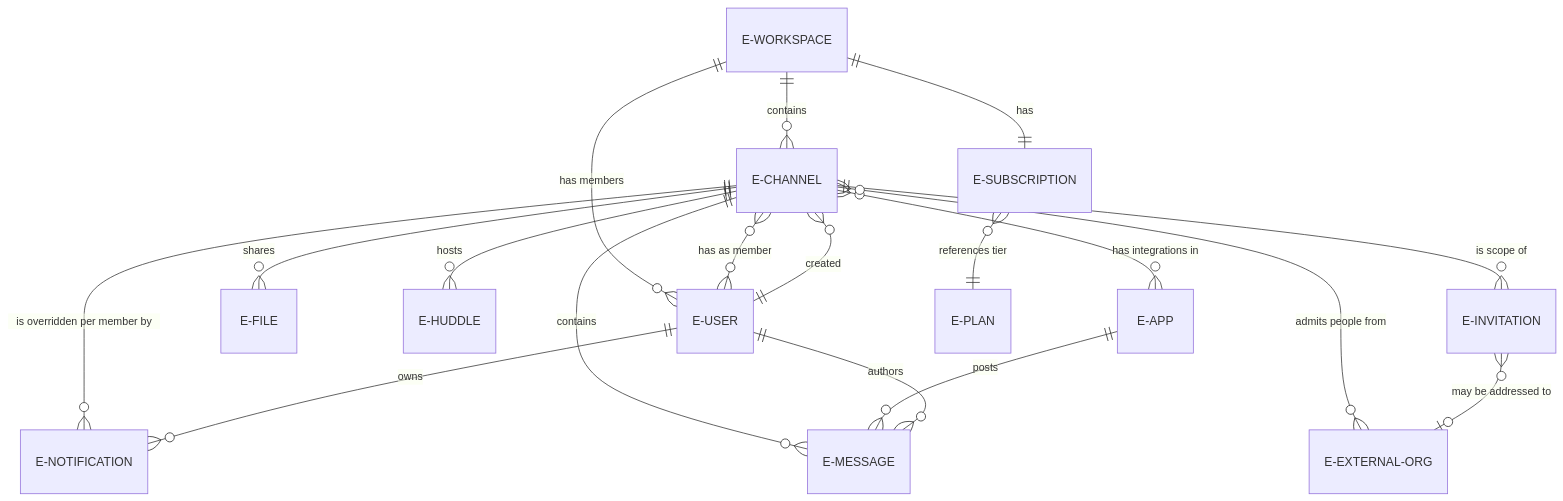
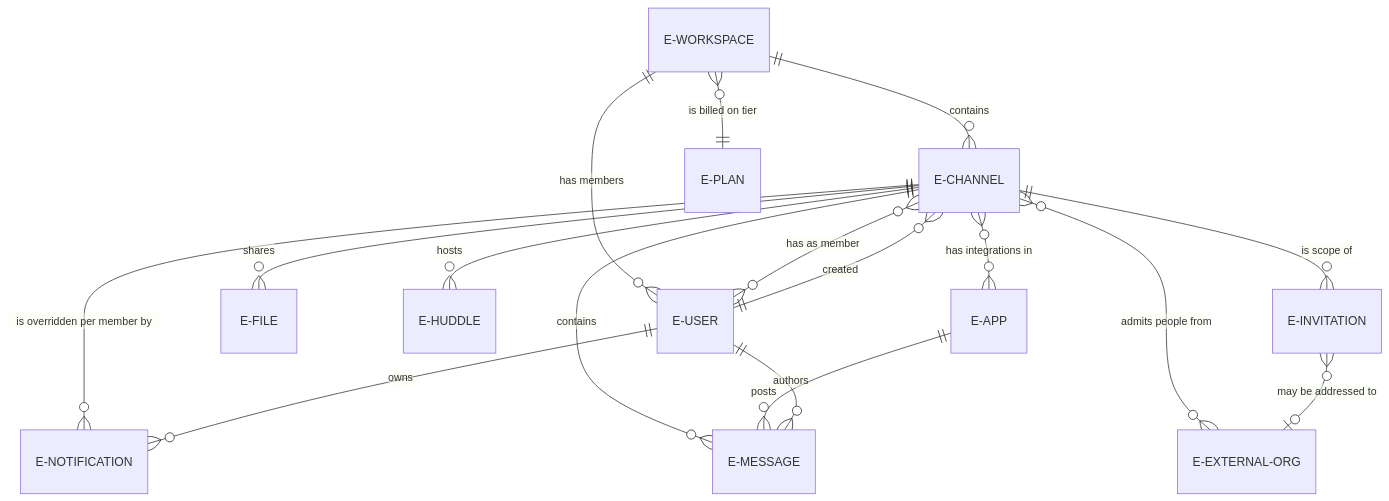
One commit to blitzy-research/blitzy-slack changed the second of 2 diagrams in docs/workflows/02-channels.md. Above: the diagram before and after it, drawn with Mermaid. The commit also changed other lines of this file and 13 other files, not shown here.

````diff
--- a/docs/workflows/02-channels.md
+++ b/docs/workflows/02-channels.md
@@ -832,20 +832,19 @@
 ```mermaid
 erDiagram
     E-WORKSPACE ||--o{ E-CHANNEL : "contains"
     E-WORKSPACE ||--o{ E-USER : "has members"
     E-CHANNEL }o--o{ E-USER : "has as member"
     E-USER ||--o{ E-CHANNEL : "created"
     E-CHANNEL ||--o{ E-MESSAGE : "contains"
     E-CHANNEL ||--o{ E-FILE : "shares"
     E-CHANNEL ||--o{ E-HUDDLE : "hosts"
     E-CHANNEL }o--o{ E-APP : "has integrations in"
     E-CHANNEL ||--o{ E-INVITATION : "is scope of"
     E-CHANNEL ||--o{ E-NOTIFICATION : "is overridden per member by"
     E-USER ||--o{ E-NOTIFICATION : "owns"
     E-CHANNEL }o--o{ E-EXTERNAL-ORG : "admits people from"
-    E-WORKSPACE ||--|| E-SUBSCRIPTION : "has"
-    E-SUBSCRIPTION }o--|| E-PLAN : "references tier"
+    E-WORKSPACE }o--|| E-PLAN : "is billed on tier"
     E-INVITATION }o--o| E-EXTERNAL-ORG : "may be addressed to"
     E-APP ||--o{ E-MESSAGE : "posts"
     E-USER ||--o{ E-MESSAGE : "authors"
 ```
````
